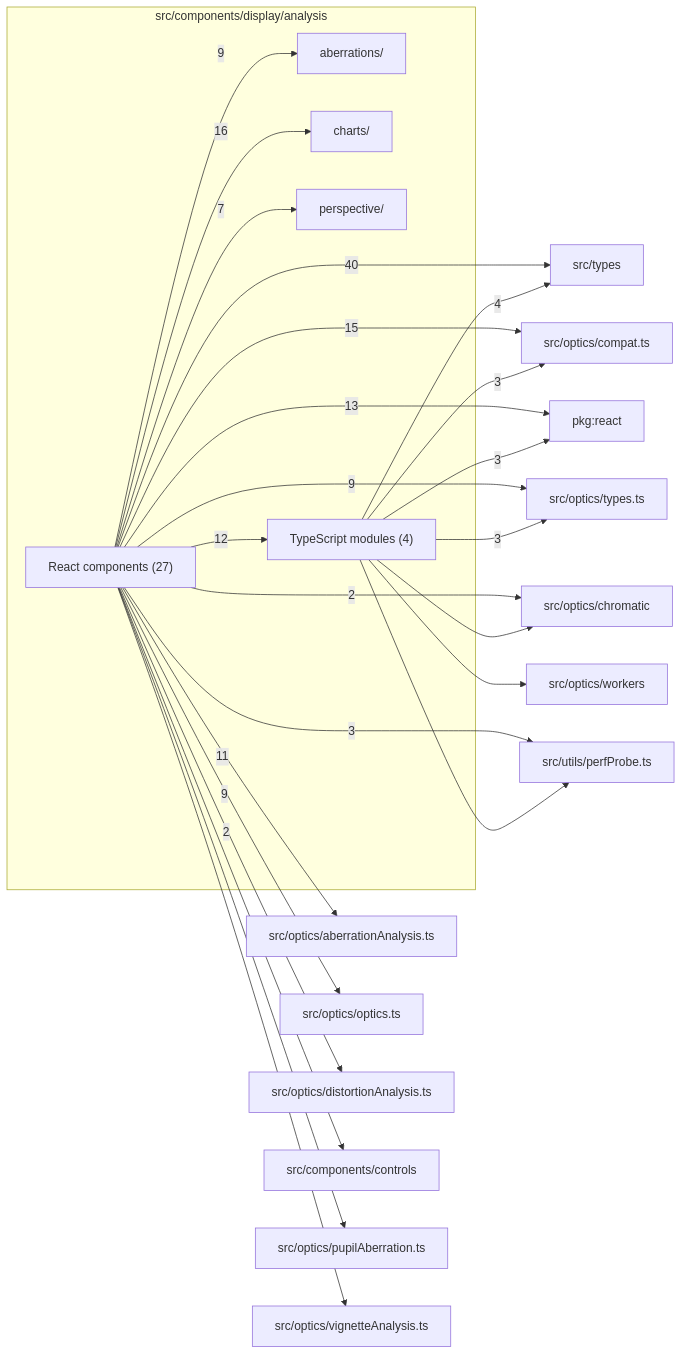
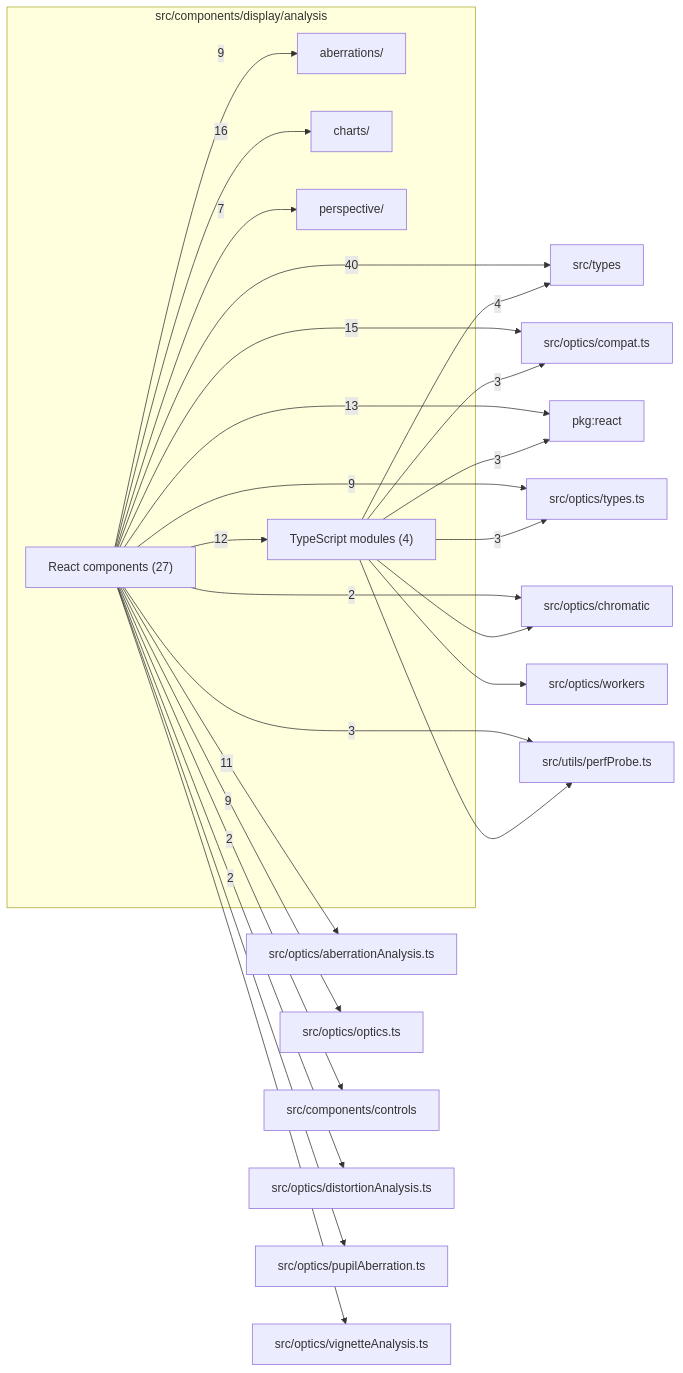
The diagram in src/components/display/analysis/readme.md (ronbuening/LensVisualizer), drawn with Mermaid before and after one commit. The commit also changed other lines of this file and 23 other files, not shown here.

````diff
--- a/src/components/display/analysis/readme.md
+++ b/src/components/display/analysis/readme.md
@@ -9,46 +9,46 @@
 ```mermaid
 flowchart LR
   subgraph n_src_components_display_analysis["src/components/display/analysis"]
     n_src_components_display_analysis_src_components_display_analysis_aberrations["aberrations/"]
     n_src_components_display_analysis_src_components_display_analysis_charts["charts/"]
     n_src_components_display_analysis_src_components_display_analysis_perspective["perspective/"]
     n_src_components_display_analysis_React_components["React components (27)"]
     n_src_components_display_analysis_TypeScript_modules["TypeScript modules (4)"]
   end
   n_external_src_types["src/types"]
   n_external_src_optics_compat_ts["src/optics/compat.ts"]
   n_external_pkg_react["pkg:react"]
   n_external_src_optics_aberrationAnalysis_ts["src/optics/aberrationAnalysis.ts"]
   n_external_src_optics_optics_ts["src/optics/optics.ts"]
   n_external_src_optics_types_ts["src/optics/types.ts"]
   n_external_src_utils_perfProbe_ts["src/utils/perfProbe.ts"]
+  n_external_src_components_controls["src/components/controls"]
   n_external_src_optics_chromatic["src/optics/chromatic"]
   n_external_src_optics_distortionAnalysis_ts["src/optics/distortionAnalysis.ts"]
-  n_external_src_components_controls["src/components/controls"]
   n_external_src_optics_pupilAberration_ts["src/optics/pupilAberration.ts"]
   n_external_src_optics_vignetteAnalysis_ts["src/optics/vignetteAnalysis.ts"]
   n_external_src_optics_workers["src/optics/workers"]
   n_src_components_display_analysis_React_components --> |40| n_external_src_types
   n_src_components_display_analysis_React_components --> |16| n_src_components_display_analysis_src_components_display_analysis_charts
   n_src_components_display_analysis_React_components --> |15| n_external_src_optics_compat_ts
   n_src_components_display_analysis_React_components --> |13| n_external_pkg_react
   n_src_components_display_analysis_React_components --> |12| n_src_components_display_analysis_TypeScript_modules
   n_src_components_display_analysis_React_components --> |11| n_external_src_optics_aberrationAnalysis_ts
   n_src_components_display_analysis_React_components --> |9| n_external_src_optics_optics_ts
   n_src_components_display_analysis_React_components --> |9| n_external_src_optics_types_ts
   n_src_components_display_analysis_React_components --> |9| n_src_components_display_analysis_src_components_display_analysis_aberrations
   n_src_components_display_analysis_React_components --> |7| n_src_components_display_analysis_src_components_display_analysis_perspective
   n_src_components_display_analysis_TypeScript_modules --> |4| n_external_src_types
   n_src_components_display_analysis_TypeScript_modules --> |3| n_external_pkg_react
   n_src_components_display_analysis_TypeScript_modules --> |3| n_external_src_optics_compat_ts
   n_src_components_display_analysis_TypeScript_modules --> |3| n_external_src_optics_types_ts
   n_src_components_display_analysis_React_components --> |3| n_external_src_utils_perfProbe_ts
+  n_src_components_display_analysis_React_components --> |2| n_external_src_components_controls
   n_src_components_display_analysis_React_components --> |2| n_external_src_optics_chromatic
   n_src_components_display_analysis_React_components --> |2| n_external_src_optics_distortionAnalysis_ts
-  n_src_components_display_analysis_React_components --> n_external_src_components_controls
   n_src_components_display_analysis_TypeScript_modules --> n_external_src_optics_chromatic
   n_src_components_display_analysis_React_components --> n_external_src_optics_pupilAberration_ts
   n_src_components_display_analysis_React_components --> n_external_src_optics_vignetteAnalysis_ts
   n_src_components_display_analysis_TypeScript_modules --> n_external_src_optics_workers
   n_src_components_display_analysis_TypeScript_modules --> n_external_src_utils_perfProbe_ts
 ```
````
